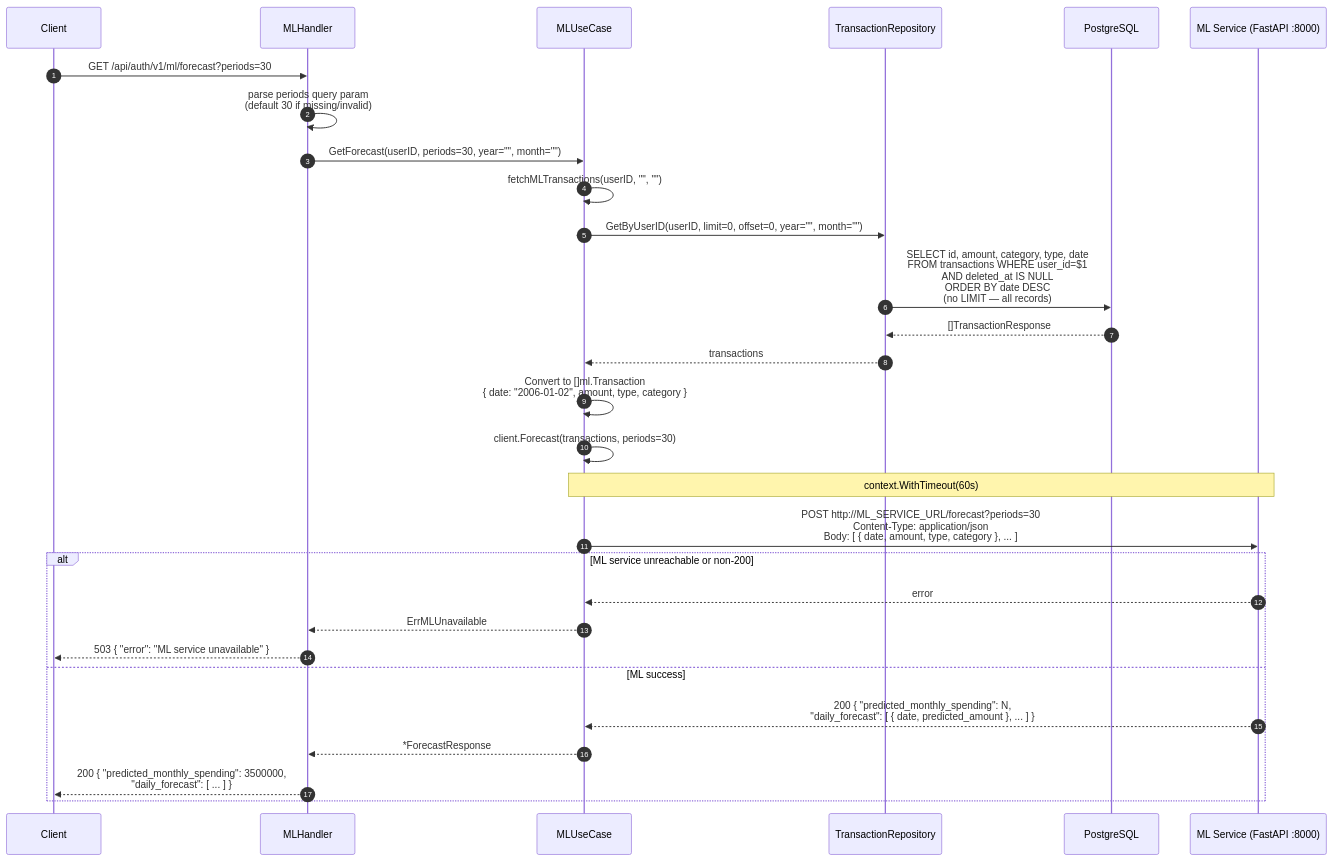
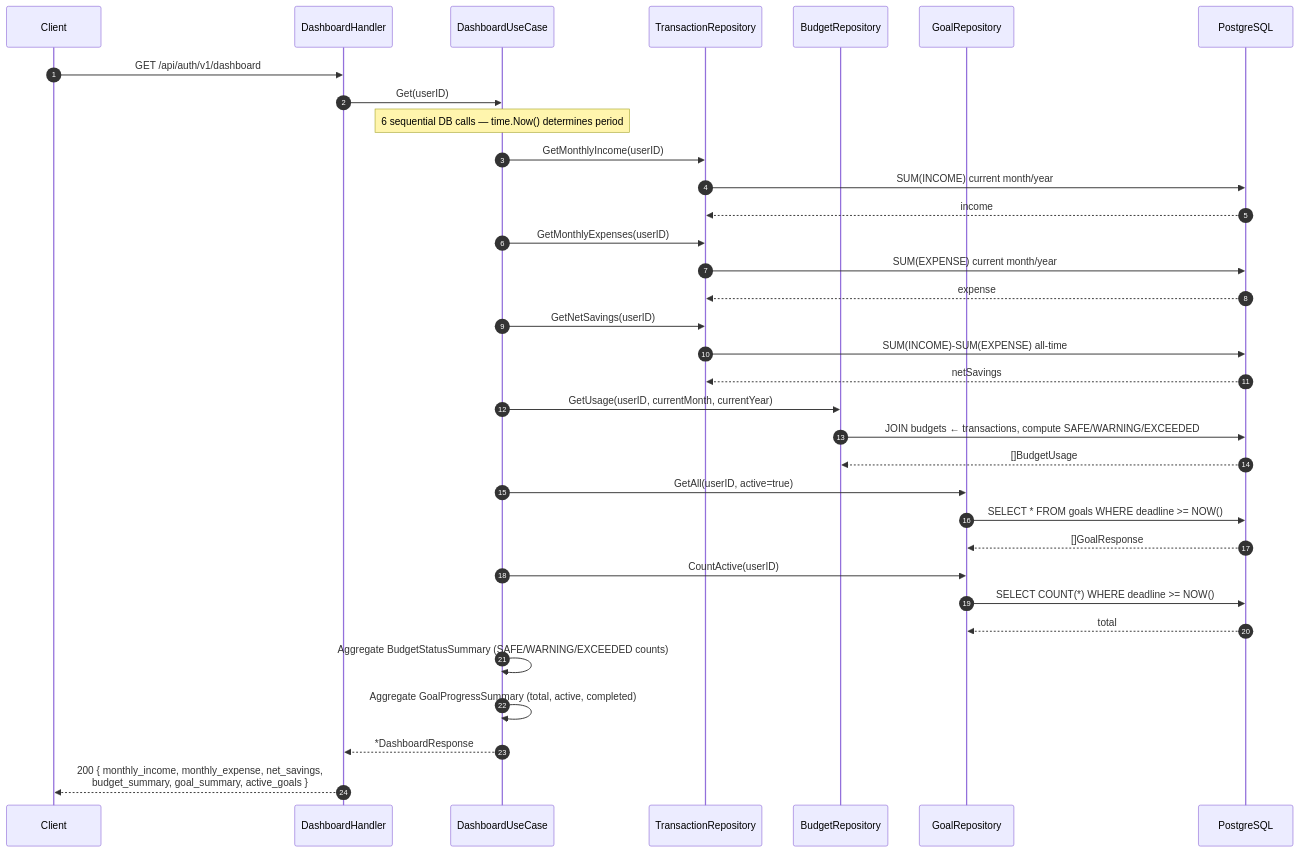
The sixth of 14 diagrams in docs/sequence-diagram.md (lewimb/financial-planning-golang), drawn with Mermaid before and after one commit. The commit also changed other lines of this file and 30 other files, not shown here.

Commit message:
docs: add documentation, OpenAPI specs, flowcharts, seeder tooling, and frontend guide

````diff
--- a/docs/sequence-diagram.md
+++ b/docs/sequence-diagram.md
@@ -200,32 +183,44 @@
 ```mermaid
 sequenceDiagram
     autonumber
     participant C as Client
-    participant H as MLHandler
-    participant UC as MLUseCase
+    participant H as DashboardHandler
+    participant UC as DashboardUseCase
     participant TR as TransactionRepository
+    participant BR as BudgetRepository
+    participant GR as GoalRepository
     participant DB as PostgreSQL
-    participant ML as ML Service (FastAPI :8000)
 
-    C->>H: GET /api/auth/v1/ml/forecast?periods=30
-    H->>H: parse periods query param<br/>(default 30 if missing/invalid)
-    H->>UC: GetForecast(userID, periods=30, year="", month="")
-    UC->>UC: fetchMLTransactions(userID, "", "")
-    UC->>TR: GetByUserID(userID, limit=0, offset=0, year="", month="")
-    TR->>DB: SELECT id, amount, category, type, date<br/>FROM transactions WHERE user_id=$1<br/>AND deleted_at IS NULL<br/>ORDER BY date DESC<br/>(no LIMIT — all records)
-    DB-->>TR: []TransactionResponse
-    TR-->>UC: transactions
-    UC->>UC: Convert to []ml.Transaction<br/>{ date: "2006-01-02", amount, type, category }
-    UC->>UC: client.Forecast(transactions, periods=30)
-    Note over UC,ML: context.WithTimeout(60s)
-    UC->>ML: POST http://ML_SERVICE_URL/forecast?periods=30<br/>Content-Type: application/json<br/>Body: [ { date, amount, type, category }, ... ]
-    alt ML service unreachable or non-200
-        ML-->>UC: error
-        UC-->>H: ErrMLUnavailable
-        H-->>C: 503 { "error": "ML service unavailable" }
-    else ML success
-        ML-->>UC: 200 { "predicted_monthly_spending": N,<br/>"daily_forecast": [ { date, predicted_amount }, ... ] }
-        UC-->>H: *ForecastResponse
-        H-->>C: 200 { "predicted_monthly_spending": 3500000,<br/>"daily_forecast": [ ... ] }
-    end
+    C->>H: GET /api/auth/v1/dashboard
+    H->>UC: Get(userID)
+    Note over UC: 6 sequential DB calls — time.Now() determines period
+
+    UC->>TR: GetMonthlyIncome(userID)
+    TR->>DB: SUM(INCOME) current month/year
+    DB-->>TR: income
+
+    UC->>TR: GetMonthlyExpenses(userID)
+    TR->>DB: SUM(EXPENSE) current month/year
+    DB-->>TR: expense
+
+    UC->>TR: GetNetSavings(userID)
+    TR->>DB: SUM(INCOME)-SUM(EXPENSE) all-time
+    DB-->>TR: netSavings
+
+    UC->>BR: GetUsage(userID, currentMonth, currentYear)
+    BR->>DB: JOIN budgets ← transactions, compute SAFE/WARNING/EXCEEDED
+    DB-->>BR: []BudgetUsage
+
+    UC->>GR: GetAll(userID, active=true)
+    GR->>DB: SELECT * FROM goals WHERE deadline >= NOW()
+    DB-->>GR: []GoalResponse
+
+    UC->>GR: CountActive(userID)
+    GR->>DB: SELECT COUNT(*) WHERE deadline >= NOW()
+    DB-->>GR: total
+
+    UC->>UC: Aggregate BudgetStatusSummary (SAFE/WARNING/EXCEEDED counts)
+    UC->>UC: Aggregate GoalProgressSummary (total, active, completed)
+    UC-->>H: *DashboardResponse
+    H-->>C: 200 { monthly_income, monthly_expense, net_savings,<br/>budget_summary, goal_summary, active_goals }
 ```
````
